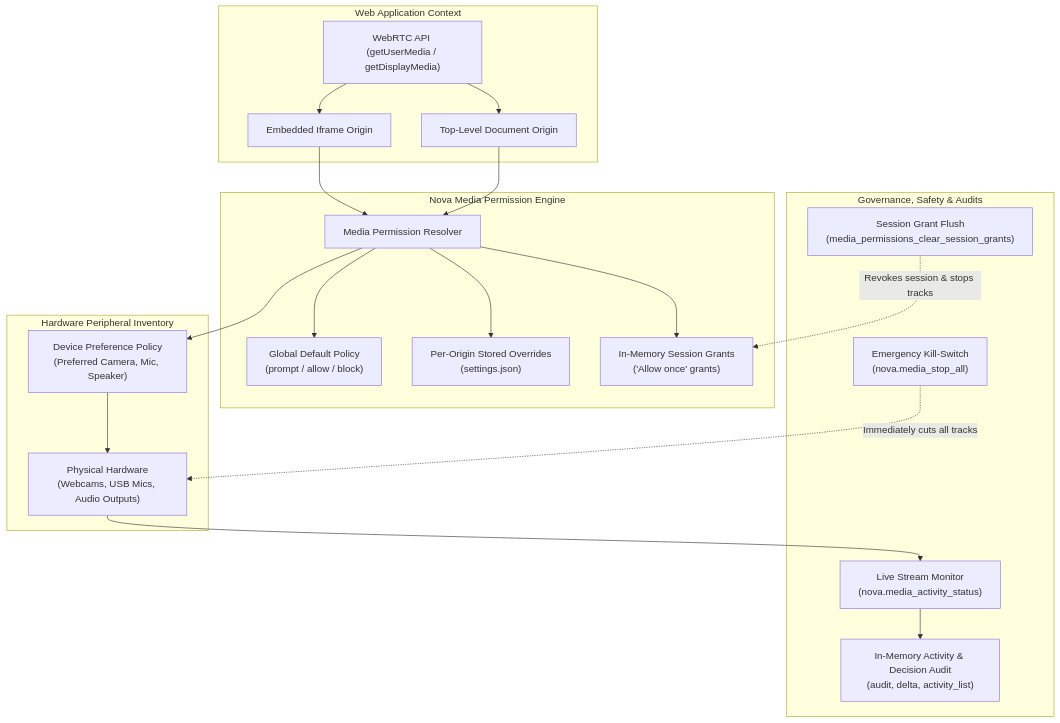
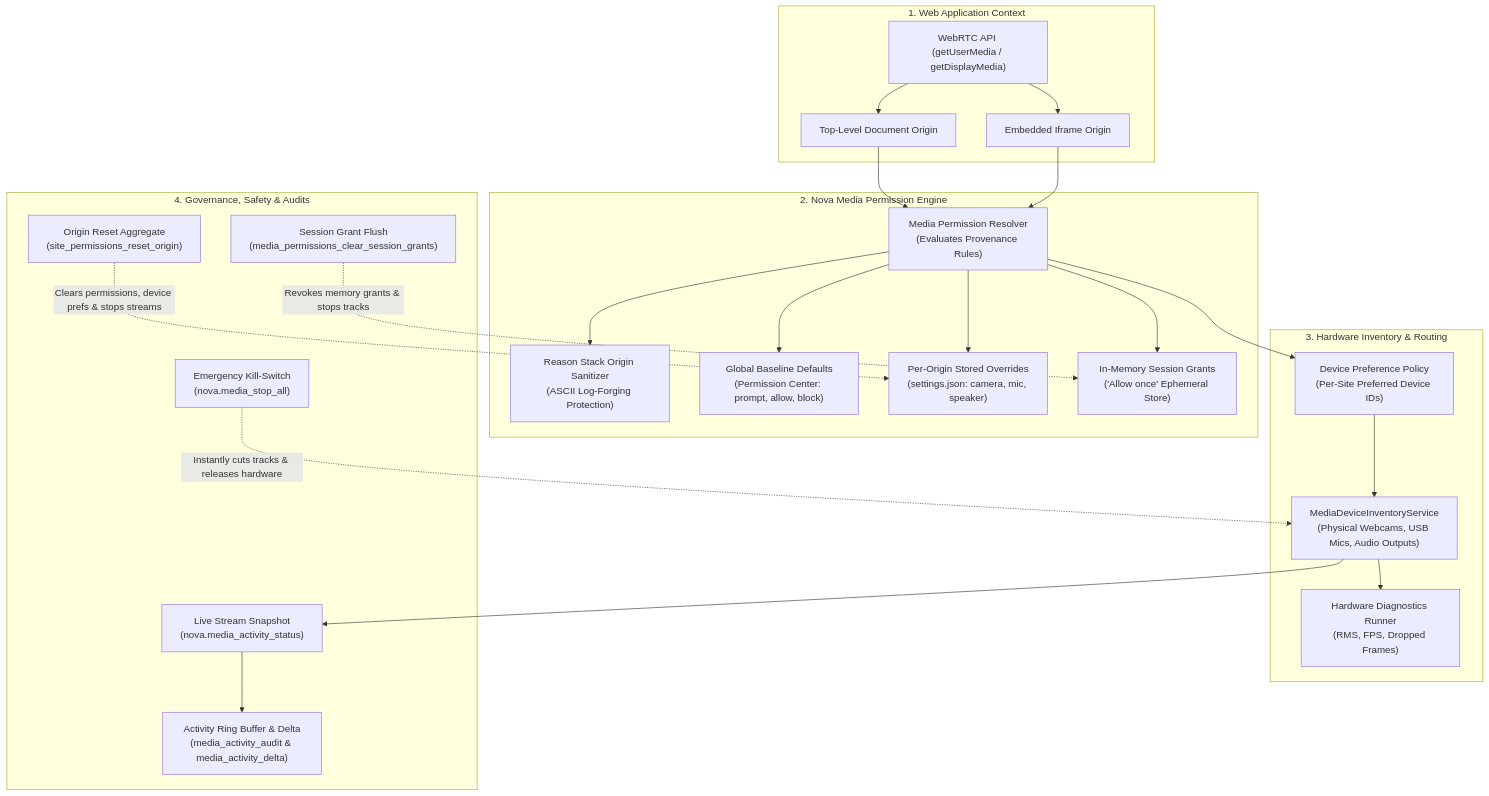
One commit to joelaniol/nova changed the first of 3 diagrams in docs/core-features/media-intelligence/devices-and-permissions/README.md. Above: the diagram before and after it, drawn with Mermaid. The commit also changed other lines of this file and 11 other files, not shown here.

Commit message:
docs(media-intelligence): expand architectural reference with Outrider boundary, WMF decoding, crash guards, and permission provenance

````diff
--- a/docs/core-features/media-intelligence/devices-and-permissions/README.md
+++ b/docs/core-features/media-intelligence/devices-and-permissions/README.md
@@ -5,39 +5,46 @@
 ```mermaid
 flowchart TD
-    subgraph RequestingWeb["Web Application Context"]
-        WebRTC["WebRTC API (getUserMedia / getDisplayMedia)"]
+    subgraph RequestingWeb["1. Web Application Context"]
+        WebRTCAPI["WebRTC API (getUserMedia / getDisplayMedia)"]
         TopOrigin["Top-Level Document Origin"]
         FrameOrigin["Embedded Iframe Origin"]
     end
 
-    subgraph PermissionEngine["Nova Media Permission Engine"]
-        Resolver["Media Permission Resolver"]
-        GlobalDefault["Global Default Policy\n(prompt / allow / block)"]
-        OriginOverride["Per-Origin Stored Overrides\n(settings.json)"]
-        SessionGrants["In-Memory Session Grants\n('Allow once' grants)"]
+    subgraph PermissionEngine["2. Nova Media Permission Engine"]
+        Resolver["Media Permission Resolver\n(Evaluates Provenance Rules)"]
+        ReasonSanitizer["Reason Stack Origin Sanitizer\n(ASCII Log-Forging Protection)"]
+        GlobalDefault["Global Baseline Defaults\n(Permission Center: prompt, allow, block)"]
+        OriginOverrides["Per-Origin Stored Overrides\n(settings.json: camera, mic, speaker)"]
+        SessionGrants["In-Memory Session Grants\n('Allow once' Ephemeral Store)"]
     end
 
-    subgraph HardwareLayer["Hardware Peripheral Inventory"]
-        DeviceInventory["Device Preference Policy\n(Preferred Camera, Mic, Speaker)"]
-        PhysicalDevices["Physical Hardware\n(Webcams, USB Mics, Audio Outputs)"]
+    subgraph HardwareRouting["3. Hardware Inventory & Routing"]
+        DeviceInventory["MediaDeviceInventoryService\n(Physical Webcams, USB Mics, Audio Outputs)"]
+        DevicePolicy["Device Preference Policy\n(Per-Site Preferred Device IDs)"]
+        WebRTCDiag["Hardware Diagnostics Runner\n(RMS, FPS, Dropped Frames)"]
     end
 
-    subgraph GovernanceAndAudit["Governance, Safety & Audits"]
-        ActivityMonitor["Live Stream Monitor\n(nova.media_activity_status)"]
+    subgraph GovernanceAudit["4. Governance, Safety & Audits"]
+        ActivityStatus["Live Stream Snapshot\n(nova.media_activity_status)"]
         EmergencyStop["Emergency Kill-Switch\n(nova.media_stop_all)"]
         SessionClear["Session Grant Flush\n(media_permissions_clear_session_grants)"]
-        AuditLog["In-Memory Activity & Decision Audit\n(audit, delta, activity_list)"]
+        ResetOrigin["Origin Reset Aggregate\n(site_permissions_reset_origin)"]
+        AuditLog["Activity Ring Buffer & Delta\n(media_activity_audit & media_activity_delta)"]
     end
 
-    WebRTC --> TopOrigin & FrameOrigin --> Resolver
+    WebRTCAPI --> TopOrigin & FrameOrigin --> Resolver
     Resolver --> SessionGrants
-    Resolver --> OriginOverride
+    Resolver --> OriginOverrides
     Resolver --> GlobalDefault
+    Resolver --> ReasonSanitizer
 
-    Resolver --> DeviceInventory --> PhysicalDevices
-    PhysicalDevices --> ActivityMonitor
-    ActivityMonitor --> AuditLog
+    Resolver --> DevicePolicy --> DeviceInventory
+    DeviceInventory --> WebRTCDiag
 
-    EmergencyStop -.->|Immediately cuts all tracks| PhysicalDevices
-    SessionClear -.->|Revokes session & stops tracks| SessionGrants
+    DeviceInventory --> ActivityStatus
+    ActivityStatus --> AuditLog
+
+    EmergencyStop -.->|Instantly cuts tracks & releases hardware| DeviceInventory
+    SessionClear -.->|Revokes memory grants & stops tracks| SessionGrants
+    ResetOrigin -.->|Clears permissions, device prefs & stops streams| OriginOverrides
 ```
````
